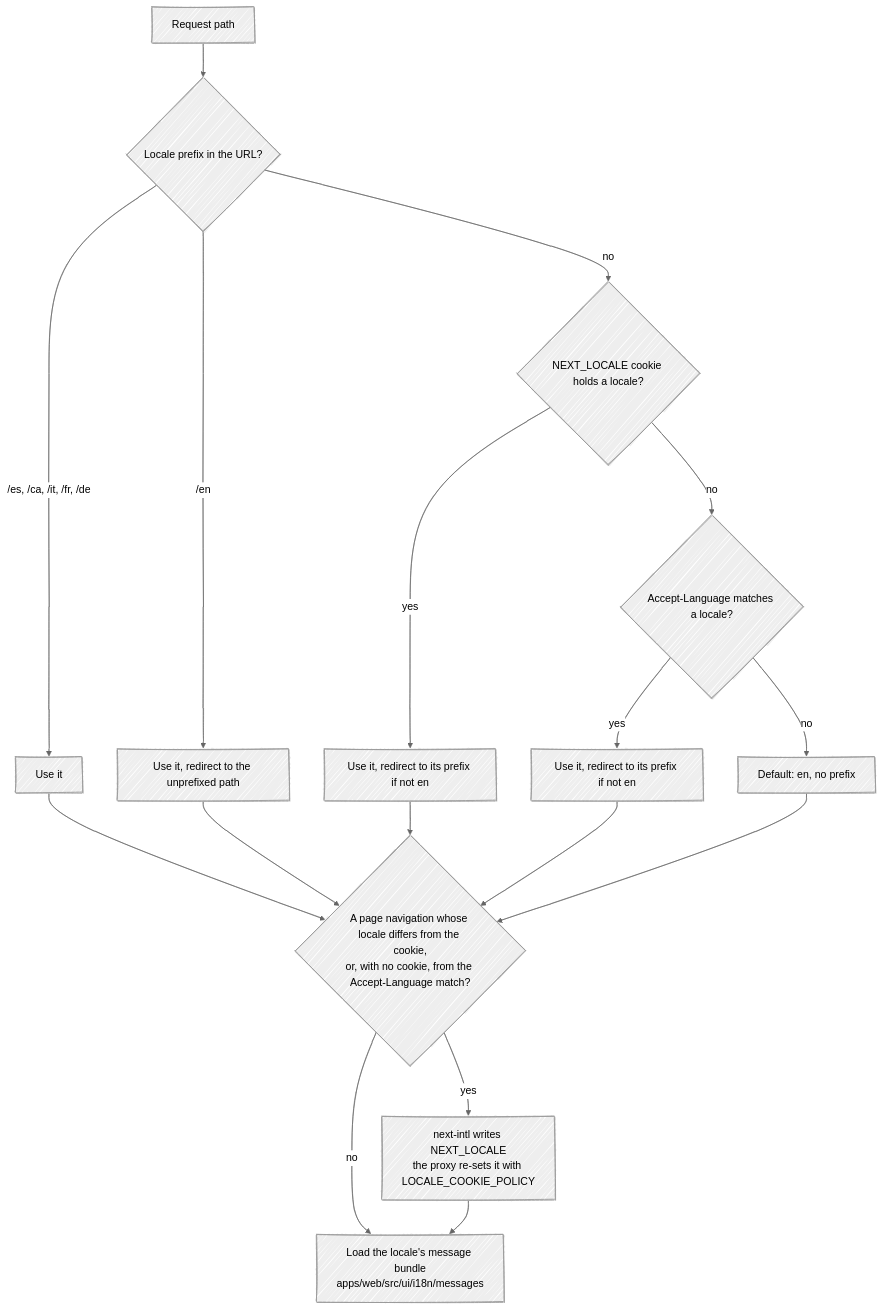
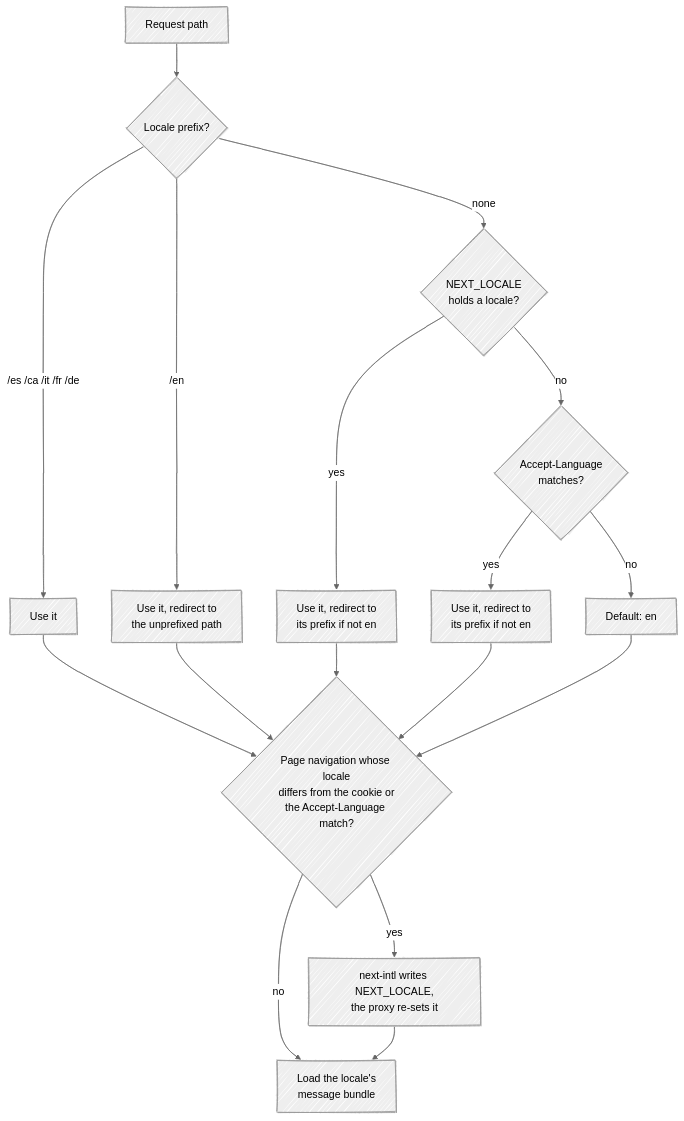
One commit to fbuireu/forever-pto changed the first of 2 diagrams in apps/docs/src/content/docs/how-it-works/i18n.mdx. Above: the diagram before and after it, drawn with Mermaid (neutral theme). The commit also changed other lines of this file and 16 other files, not shown here.

First line of the commit message:
docs(docs): fix how-it-works drift and rework the diagrams to read at column width

````diff
--- a/apps/docs/src/content/docs/how-it-works/i18n.mdx
+++ b/apps/docs/src/content/docs/how-it-works/i18n.mdx
@@ -11,20 +11,20 @@
 ```mermaid
 ---
 config:
   look: handDrawn
   layout: dagre
 ---
 flowchart TD
-  REQ[Request path] --> PFX{Locale prefix in the URL?}
-  PFX -- "/es, /ca, /it, /fr, /de" --> USE[Use it]
-  PFX -- "/en" --> STRIP[Use it, redirect to the unprefixed path]
-  PFX -- no --> CK{NEXT_LOCALE cookie holds a locale?}
-  CK -- yes --> USE2[Use it, redirect to its prefix if not en]
-  CK -- no --> AL{Accept-Language matches a locale?}
-  AL -- yes --> USE3[Use it, redirect to its prefix if not en]
-  AL -- no --> DEF["Default: en, no prefix"]
-  USE & STRIP & USE2 & USE3 & DEF --> CHG{"A page navigation whose locale differs from the cookie,<br/>or, with no cookie, from the Accept-Language match?"}
-  CHG -- yes --> SET["next-intl writes NEXT_LOCALE<br/>the proxy re-sets it with LOCALE_COOKIE_POLICY"]
+  REQ[Request path] --> PFX{Locale prefix?}
+  PFX -- "/es /ca /it /fr /de" --> USE[Use it]
+  PFX -- "/en" --> STRIP["Use it, redirect to<br/>the unprefixed path"]
+  PFX -- none --> CK{"NEXT_LOCALE<br/>holds a locale?"}
+  CK -- yes --> USE2["Use it, redirect to<br/>its prefix if not en"]
+  CK -- no --> AL{"Accept-Language<br/>matches?"}
+  AL -- yes --> USE3["Use it, redirect to<br/>its prefix if not en"]
+  AL -- no --> DEF["Default: en"]
+  USE & STRIP & USE2 & USE3 & DEF --> CHG{"Page navigation whose locale<br/>differs from the cookie or<br/>the Accept-Language match?"}
+  CHG -- yes --> SET["next-intl writes NEXT_LOCALE,<br/>the proxy re-sets it"]
   CHG -- no --> MSG
-  SET --> MSG["Load the locale's message bundle<br/>apps/web/src/ui/i18n/messages"]
+  SET --> MSG["Load the locale's<br/>message bundle"]
 ```
````
